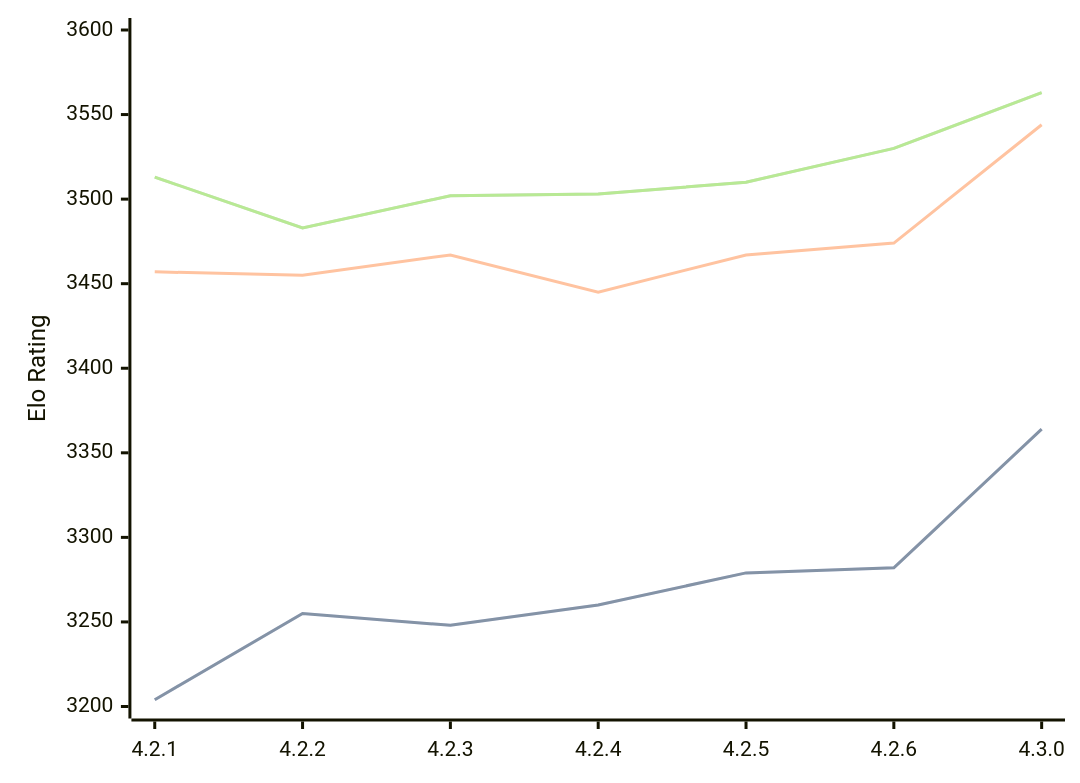
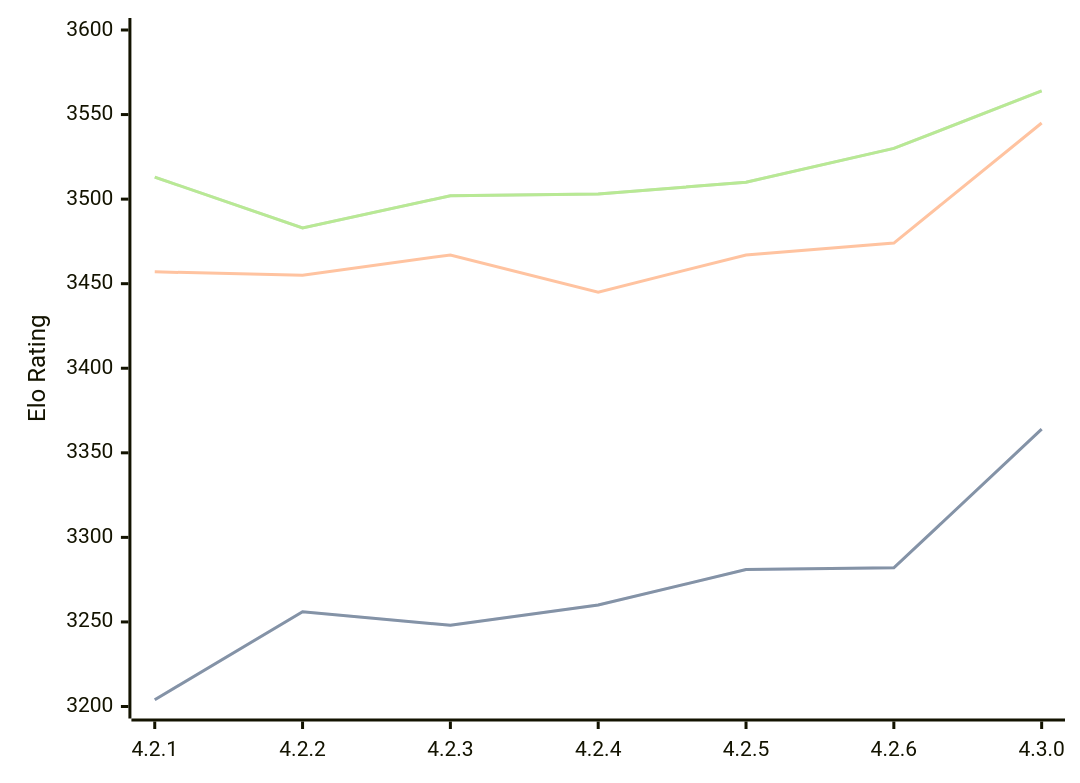
Before and after one commit to computer-chess-index/cci: the diagram in engines/Gaia.md, drawn with Mermaid. The commit also changed other lines of this file, not shown here.

Commit message:
Update CCI Ratings (ELO VLTC) - 2026-09-26

````diff
--- a/engines/Gaia.md
+++ b/engines/Gaia.md
@@ -43,11 +43,11 @@
 ```mermaid
 %%{init: {"theme":"base","themeVariables":{"seriesColors:['#a3a3a3','#222221','#faa371']}}}%%
 xychart-beta
   x-axis ["4.2.1", "4.2.2", "4.2.3", "4.2.4", "4.2.5", "4.2.6", "4.3.0"]
   y-axis "Elo Rating" 3200 --> 3600
-  line "" [3204, 3255, 3248, 3260, 3279, 3282, 3364]
-  line "STC (8.0+0.08s)" [3204, 3255, 3248, 3260, 3279, 3282, 3364]
-  line "LTC (60.0+0.60s)" [3457, 3455, 3467, 3445, 3467, 3474, 3544]
-  line "" [3513, 3483, 3502, 3503, 3510, 3530, 3563]
-  line "VLTC (2m24s+1.12s)" [3513, 3483, 3502, 3503, 3510, 3530, 3563]
+  line "" [3204, 3256, 3248, 3260, 3281, 3282, 3364]
+  line "STC (8.0+0.08s)" [3204, 3256, 3248, 3260, 3281, 3282, 3364]
+  line "LTC (60.0+0.60s)" [3457, 3455, 3467, 3445, 3467, 3474, 3545]
+  line "" [3513, 3483, 3502, 3503, 3510, 3530, 3564]
+  line "VLTC (2m24s+1.12s)" [3513, 3483, 3502, 3503, 3510, 3530, 3564]
 ```
````
